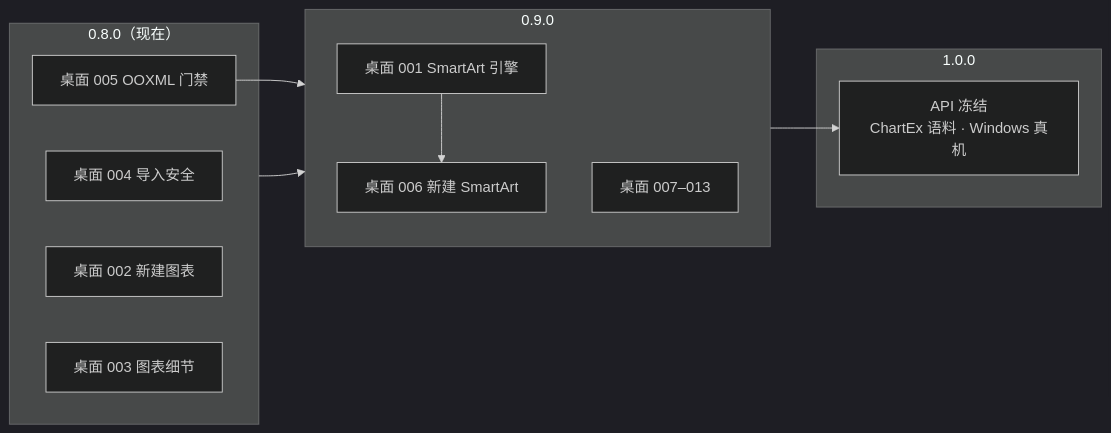
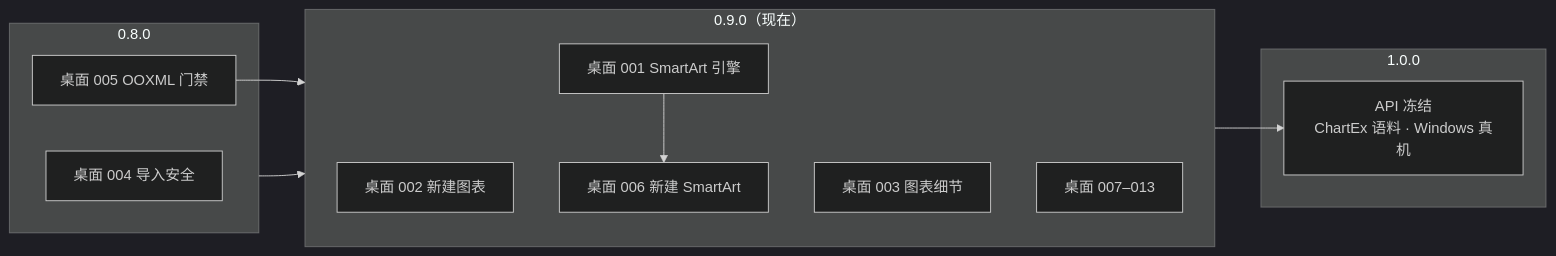
Before and after one commit to unStone/web-ppt: the third of 4 diagrams in docs/roadmap.md, drawn with Mermaid (dark theme). The commit also changed other lines of this file and 130 other files, not shown here.

````diff
--- a/docs/roadmap.md
+++ b/docs/roadmap.md
@@ -266,19 +266,19 @@
 ```mermaid
 flowchart LR
-    subgraph P08["0.8.0（现在）"]
+    subgraph P08["0.8.0"]
       S4["桌面 004 导入安全"]
       V5["桌面 005 OOXML 门禁"]
+    end
+    subgraph P09["0.9.0（现在）"]
       C2["桌面 002 新建图表"]
       C3["桌面 003 图表细节"]
-    end
-    subgraph P09["0.9.0"]
       E1["桌面 001 SmartArt 引擎"] --> E6["桌面 006 新建 SmartArt"]
       T7["桌面 007–013"]
     end
     subgraph P10["1.0.0"]
       Z["API 冻结<br/>ChartEx 语料 · Windows 真机"]
     end
     V5 --> P09
     P08 --> P09
     P09 --> Z
 ```
````
